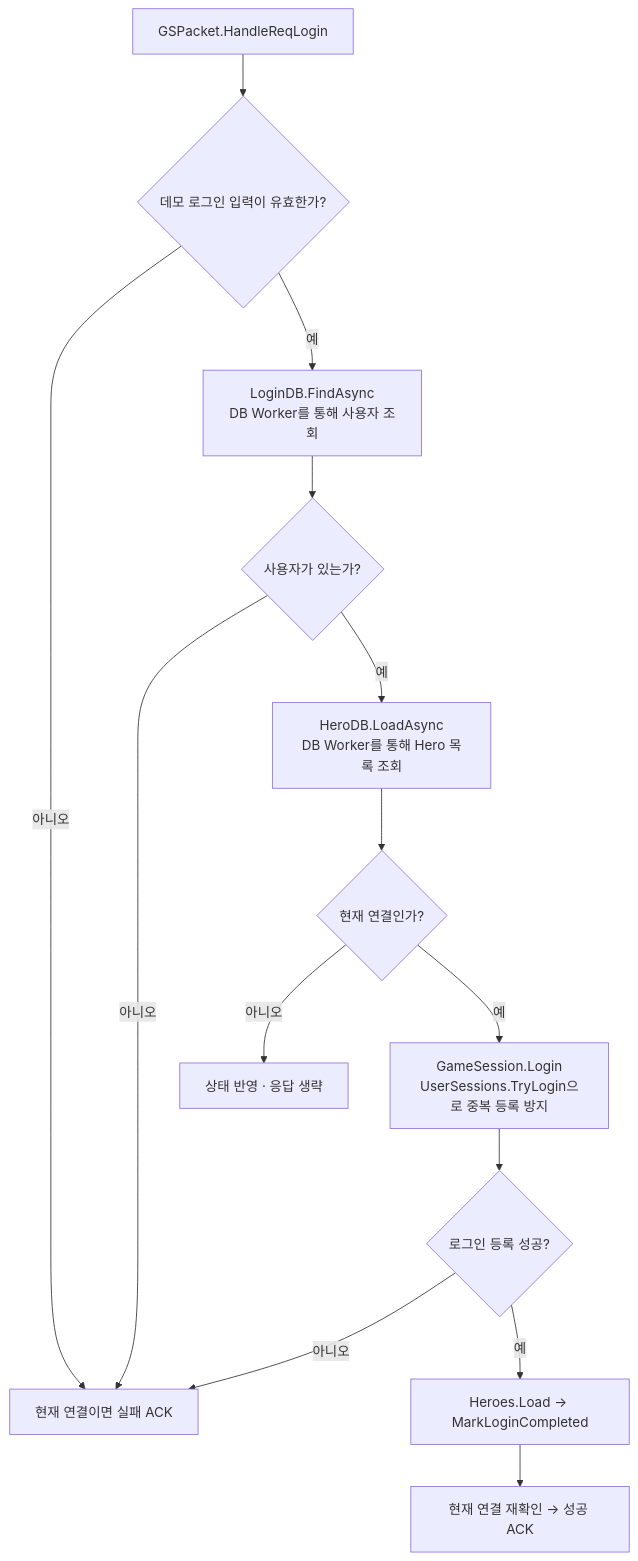
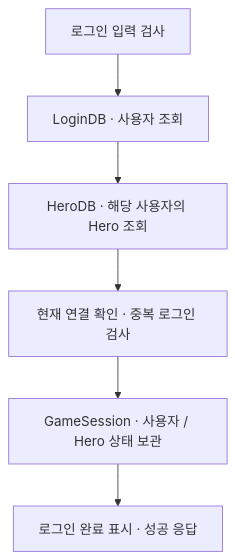
The third of 7 diagrams in docs/SERVER_ARCHITECTURE.md (GodDongjin/CSharpServer_Portfolio), drawn with Mermaid before and after one commit. The commit also changed other lines of this file, not shown here.

Commit message:
docs: improve readability of server call flow diagrams

````diff
--- a/docs/SERVER_ARCHITECTURE.md
+++ b/docs/SERVER_ARCHITECTURE.md
@@ -62,16 +87,8 @@
 ```mermaid
 flowchart TD
-    P["GSPacket.HandleReqLogin"] --> Input{"데모 로그인 입력이 유효한가?"}
-    Input -->|아니오| Error["현재 연결이면 실패 ACK"]
-    Input -->|예| User["LoginDB.FindAsync<br/>DB Worker를 통해 사용자 조회"]
-    User --> Exists{"사용자가 있는가?"}
-    Exists -->|아니오| Error
-    Exists -->|예| Hero["HeroDB.LoadAsync<br/>DB Worker를 통해 Hero 목록 조회"]
-    Hero --> Current{"현재 연결인가?"}
-    Current -->|아니오| Skip["상태 반영 · 응답 생략"]
-    Current -->|예| Login["GameSession.Login<br/>UserSessions.TryLogin으로 중복 등록 방지"]
-    Login --> Success{"로그인 등록 성공?"}
-    Success -->|아니오| Error
-    Success -->|예| Load["Heroes.Load → MarkLoginCompleted"]
-    Load --> Ack["현재 연결 재확인 → 성공 ACK"]
+    A["로그인 입력 검사"] --> B["LoginDB · 사용자 조회"]
+    B --> C["HeroDB · 해당 사용자의 Hero 조회"]
+    C --> D["현재 연결 확인 · 중복 로그인 검사"]
+    D --> E["GameSession · 사용자 / Hero 상태 보관"]
+    E --> F["로그인 완료 표시 · 성공 응답"]
 ```
````
